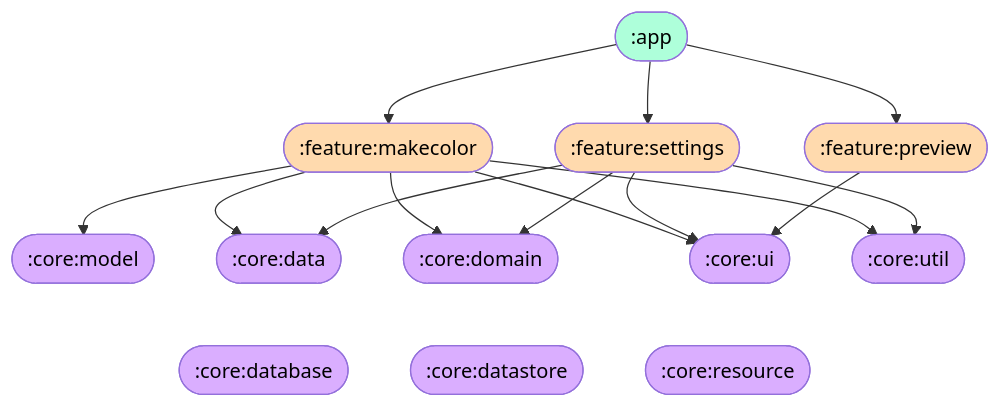
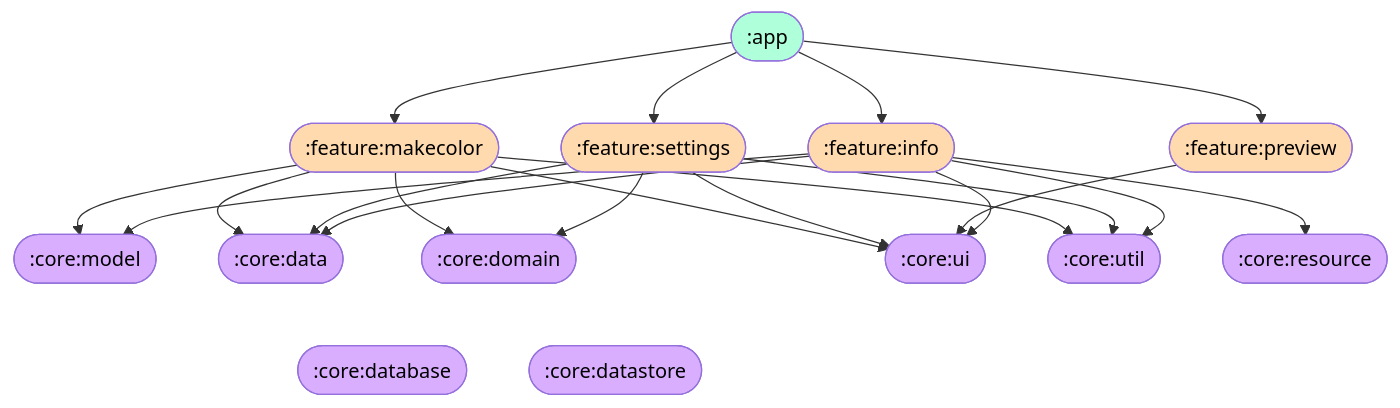
The diagram in README.md (kosenda/MultiColorPicker), drawn with Mermaid before and after one commit.

Commit message:
docs: add :feature:info
[skip ci]

````diff
--- a/README.md
+++ b/README.md
@@ -50,29 +50,33 @@
 ```mermaid
 flowchart TB
   classDef appModule fill:#AEFFDA,color:#000
   classDef featureModule fill:#FFDAAE,color:#000
   classDef coreModule fill:#DAAEFF,color:#000
   
   A1([:app]):::appModule --> B1([:feature:makecolor]):::featureModule
   A1 --> B2([:feature:settings]):::featureModule
   A1 --> B3([:feature:preview]):::featureModule
-  
+  A1 --> B4([:feature:info]):::featureModule
   
   B1 --> C1([:core:model]):::coreModule 
   B1 --> C2
   B1 --> C5
   B1 --> C7
   B1 --> C8
   
   B2 --> C2([:core:data]):::coreModule
   B2 --> C5([:core:domain]):::coreModule
   B2 --> C7([:core:ui]):::coreModule
   B2 --> C8([:core:util]):::coreModule
   
   B3 --> C7
   
+  B4 --> C2
+  B4 --> C1
+  B4 --> C6([:core:resource]):::coreModule
+  B4 --> C7
+  B4 --> C8
   
   C5 ~~~ C3([:core:database]):::coreModule
   C5 ~~~ C4([:core:datastore]):::coreModule
-  C5 ~~~ C6([:core:resource]):::coreModule
 ```
````
